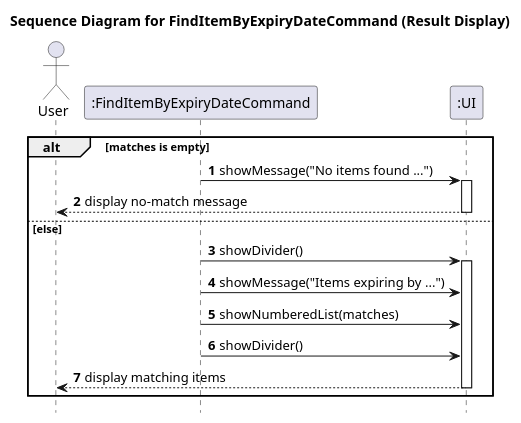
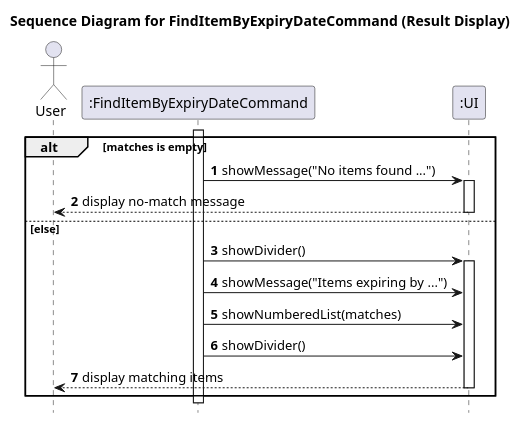
One commit to KOIiiii07/tp changed the diagram in docs/diagrams/sequence/FindItemByExpiryDateCommandDisplayFlow.puml. Above: the diagram before and after it, drawn with PlantUML. The commit also changed 13 other files, not shown here.

Commit message:
Update all the Find Diagram

```diff
--- a/docs/diagrams/sequence/FindItemByExpiryDateCommandDisplayFlow.puml
+++ b/docs/diagrams/sequence/FindItemByExpiryDateCommandDisplayFlow.puml
@@ -1,25 +1,27 @@
 @startuml
 title Sequence Diagram for FindItemByExpiryDateCommand (Result Display)
 
 autonumber
 hide footbox
 
 actor User
 participant ":FindItemByExpiryDateCommand" as FindItemByExpiryDateCommand
 participant ":UI" as UI
 
+activate FindItemByExpiryDateCommand
 alt matches is empty
     FindItemByExpiryDateCommand -> UI: showMessage("No items found ...")
     activate UI
     UI --> User: display no-match message
     deactivate UI
 else else
     FindItemByExpiryDateCommand -> UI: showDivider()
     activate UI
     FindItemByExpiryDateCommand -> UI: showMessage("Items expiring by ...")
     FindItemByExpiryDateCommand -> UI: showNumberedList(matches)
     FindItemByExpiryDateCommand -> UI: showDivider()
     UI --> User: display matching items
     deactivate UI
 end
+deactivate FindItemByExpiryDateCommand
 @enduml
```
